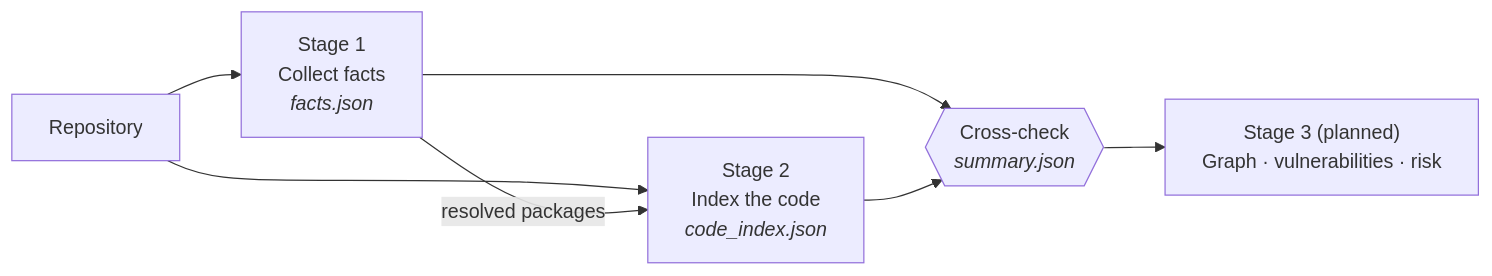
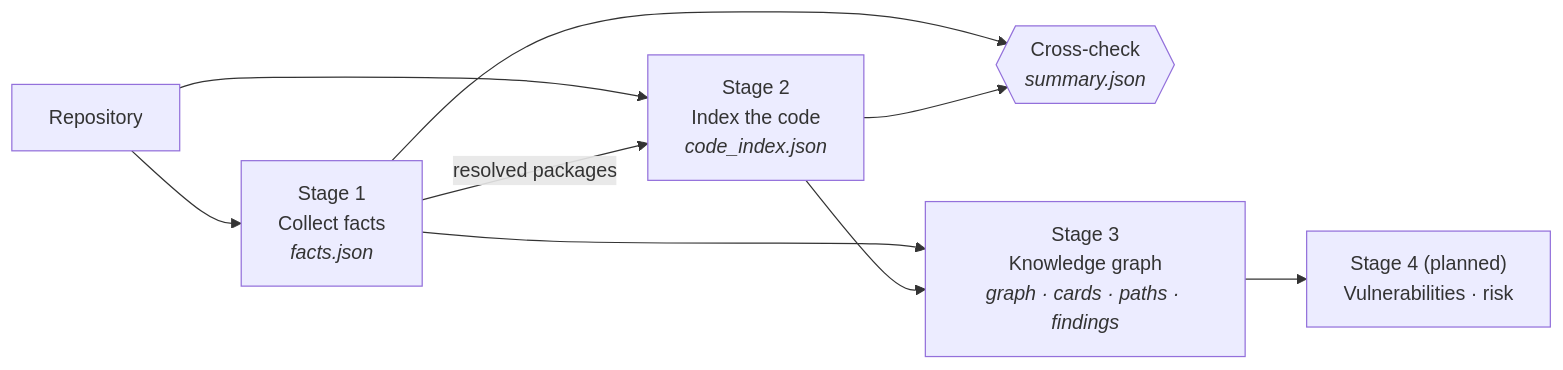
One commit to AdithyaVarma28/Bosch-AI-Hackathon-G13 changed the diagram in README.md. Above: the diagram before and after it, drawn with Mermaid. The commit also changed other lines of this file and 117 other files, not shown here.

````diff
--- a/README.md
+++ b/README.md
@@ -18,9 +18,11 @@
 ```mermaid
 flowchart LR
     R[Repository] --> S1["Stage 1<br/>Collect facts<br/><i>facts.json</i>"]
     R --> S2["Stage 2<br/>Index the code<br/><i>code_index.json</i>"]
     S1 -- resolved packages --> S2
     S1 --> X{{"Cross-check<br/><i>summary.json</i>"}}
     S2 --> X
-    X --> S3["Stage 3 (planned)<br/>Graph · vulnerabilities · risk"]
+    S1 --> S3["Stage 3<br/>Knowledge graph<br/><i>graph · cards · paths · findings</i>"]
+    S2 --> S3
+    S3 --> S4["Stage 4 (planned)<br/>Vulnerabilities · risk"]
 ```
````
